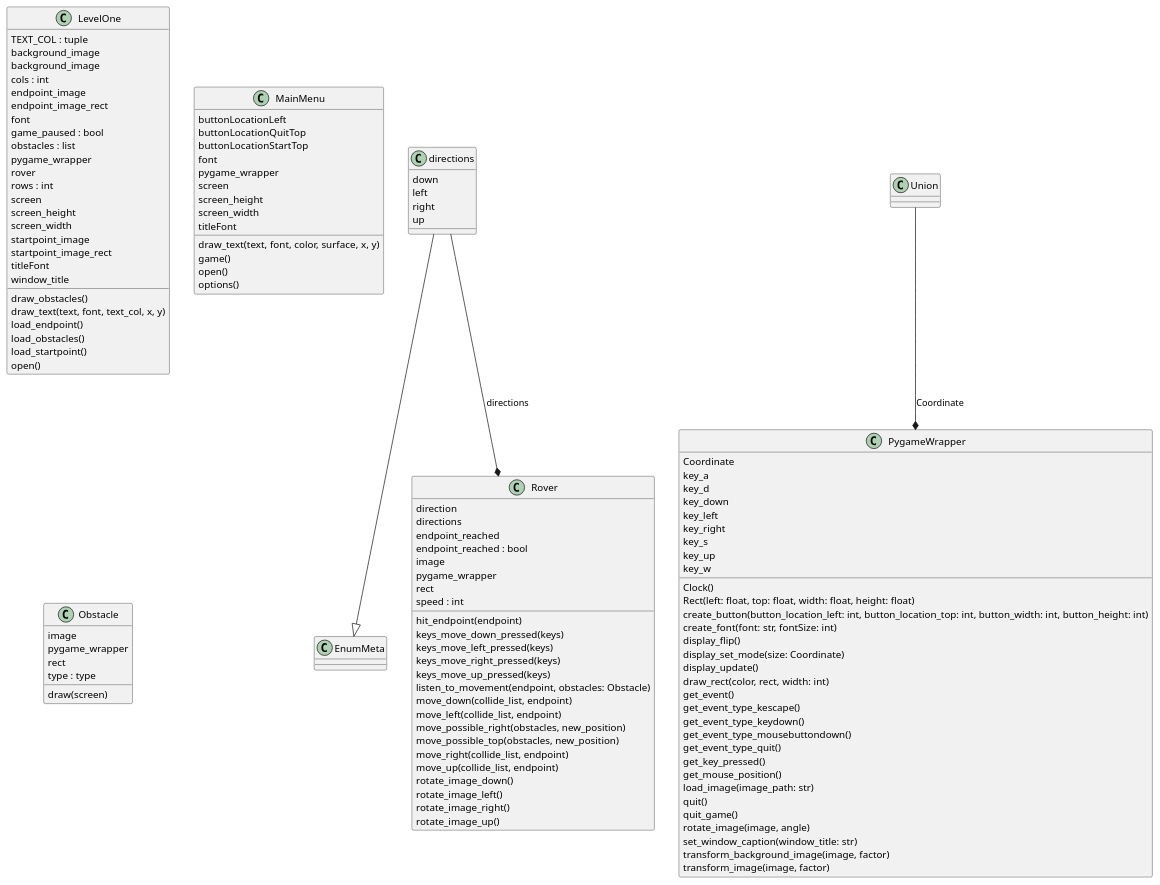
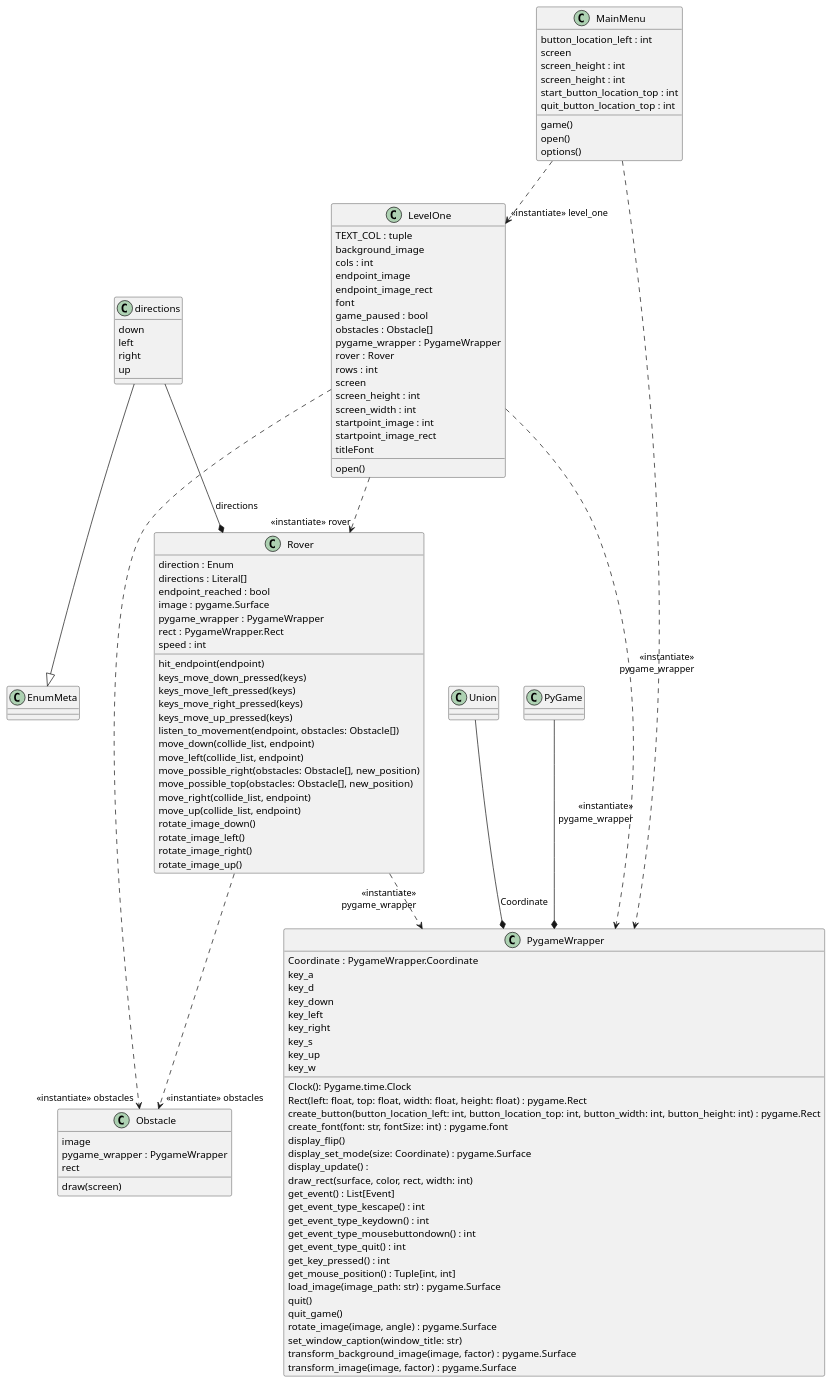
Before and after one commit to teko-L-TIN-22-Di-a/rover: the diagram in docs/images/classes.puml, drawn with PlantUML. The commit also changed 8 other files, not shown here.

Commit message:
update class diagram with all dependencies

```diff
--- a/docs/images/classes.puml
+++ b/docs/images/classes.puml
@@ -1,124 +1,130 @@
 @startuml classes
 set namespaceSeparator none
 class "EnumMeta" as .EnumMeta {
 }
 class "LevelOne" as spacerover.level_one.LevelOne {
   TEXT_COL : tuple
   background_image
-  background_image
   cols : int
   endpoint_image
   endpoint_image_rect
   font
   game_paused : bool
-  obstacles : list
-  pygame_wrapper
-  rover
+  obstacles : Obstacle[]
+  pygame_wrapper : PygameWrapper
+  rover : Rover
   rows : int
   screen
-  screen_height
-  screen_width
-  startpoint_image
+  screen_height : int
+  screen_width : int
+  startpoint_image : int
   startpoint_image_rect
   titleFont
-  window_title
-  draw_obstacles()
-  draw_text(text, font, text_col, x, y)
-  load_endpoint()
-  load_obstacles()
-  load_startpoint()
   open()
 }
+
 class "MainMenu" as spacerover.main_menu.MainMenu {
-  buttonLocationLeft
-  buttonLocationQuitTop
-  buttonLocationStartTop
-  font
-  pygame_wrapper
+  button_location_left : int
   screen
-  screen_height
-  screen_width
-  titleFont
-  draw_text(text, font, color, surface, x, y)
+  screen_height : int
+  screen_height : int
+  start_button_location_top : int
+  quit_button_location_top : int
   game()
   open()
   options()
 }
+
 class "Obstacle" as spacerover.obstacle.Obstacle {
   image
-  pygame_wrapper
+  pygame_wrapper : PygameWrapper
   rect
-  type : type
   draw(screen)
 }
+
 class "PygameWrapper" as spacerover.pygame_wrapper.PygameWrapper {
-  Coordinate
+  Coordinate : PygameWrapper.Coordinate
   key_a
   key_d
   key_down
   key_left
   key_right
   key_s
   key_up
   key_w
-  Clock()
-  Rect(left: float, top: float, width: float, height: float)
-  create_button(button_location_left: int, button_location_top: int, button_width: int, button_height: int)
-  create_font(font: str, fontSize: int)
+  Clock(): Pygame.time.Clock
+  Rect(left: float, top: float, width: float, height: float) : pygame.Rect
+  create_button(button_location_left: int, button_location_top: int, button_width: int, button_height: int) : pygame.Rect
+  create_font(font: str, fontSize: int) : pygame.font
   display_flip()
-  display_set_mode(size: Coordinate)
-  display_update()
-  draw_rect(color, rect, width: int)
-  get_event()
-  get_event_type_kescape()
-  get_event_type_keydown()
-  get_event_type_mousebuttondown()
-  get_event_type_quit()
-  get_key_pressed()
-  get_mouse_position()
-  load_image(image_path: str)
+  display_set_mode(size: Coordinate) : pygame.Surface
+  display_update() : 
+  draw_rect(surface, color, rect, width: int)
+  get_event() : List[Event]
+  get_event_type_kescape() : int
+  get_event_type_keydown() : int
+  get_event_type_mousebuttondown() : int
+  get_event_type_quit() : int
+  get_key_pressed() : int
+  get_mouse_position() : Tuple[int, int]
+  load_image(image_path: str) : pygame.Surface
   quit()
   quit_game()
-  rotate_image(image, angle)
+  rotate_image(image, angle) : pygame.Surface
   set_window_caption(window_title: str)
-  transform_background_image(image, factor)
-  transform_image(image, factor)
+  transform_background_image(image, factor) : pygame.Surface
+  transform_image(image, factor) : pygame.Surface
 }
+
 class "Rover" as spacerover.rover.Rover {
-  direction
-  directions
-  endpoint_reached
+  direction : Enum
+  directions : Literal[]
   endpoint_reached : bool
-  image
-  pygame_wrapper
-  rect
+  image : pygame.Surface
+  pygame_wrapper : PygameWrapper
+  rect : PygameWrapper.Rect
   speed : int
   hit_endpoint(endpoint)
   keys_move_down_pressed(keys)
   keys_move_left_pressed(keys)
   keys_move_right_pressed(keys)
   keys_move_up_pressed(keys)
-  listen_to_movement(endpoint, obstacles: Obstacle)
+  listen_to_movement(endpoint, obstacles: Obstacle[])
   move_down(collide_list, endpoint)
   move_left(collide_list, endpoint)
-  move_possible_right(obstacles, new_position)
-  move_possible_top(obstacles, new_position)
+  move_possible_right(obstacles: Obstacle[], new_position)
+  move_possible_top(obstacles: Obstacle[], new_position)
   move_right(collide_list, endpoint)
   move_up(collide_list, endpoint)
   rotate_image_down()
   rotate_image_left()
   rotate_image_right()
   rotate_image_up()
-}
+} 
+
 class "Union" as .Union {
 }
+
 class "directions" as spacerover.rover.Rover.directions {
   down
   left
   right
   up
 }
+
+spacerover.main_menu.MainMenu ..> "<<instantiate>> level_one" spacerover.level_one.LevelOne
+spacerover.main_menu.MainMenu ..> "<<instantiate>> \r pygame_wrapper \n\n\n\n\n\n\n\n" spacerover.pygame_wrapper.PygameWrapper
+
+spacerover.level_one.LevelOne ..> "<<instantiate>> rover" spacerover.rover.Rover
+spacerover.level_one.LevelOne ..> "<<instantiate>> \r pygame_wrapper \n\n\n\n\n\n\n\n\n\n\n\n\n\n\n\n\n\n\n\n" spacerover.pygame_wrapper.PygameWrapper
+spacerover.level_one.LevelOne ..> "<<instantiate>> obstacles" spacerover.obstacle.Obstacle
+
+spacerover.rover.Rover ..> "<<instantiate>> \r pygame_wrapper \n" spacerover.pygame_wrapper.PygameWrapper
 spacerover.rover.Rover.directions --|> .EnumMeta
+spacerover.rover.Rover.directions --* spacerover.rover.Rover : directions
+spacerover.rover.Rover ..> "<<instantiate>> obstacles" spacerover.obstacle.Obstacle
+
+PyGame --* spacerover.pygame_wrapper.PygameWrapper
+
 .Union --* spacerover.pygame_wrapper.PygameWrapper : Coordinate
-spacerover.rover.Rover.directions --* spacerover.rover.Rover : directions
 @enduml
```
